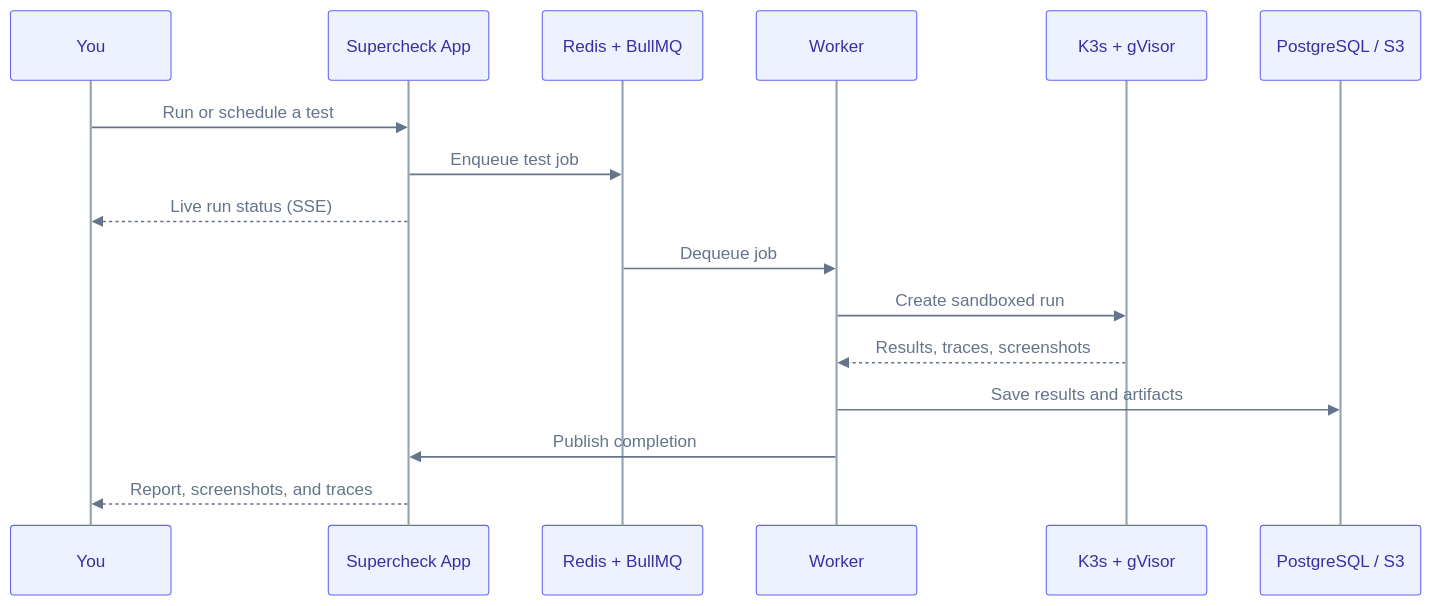
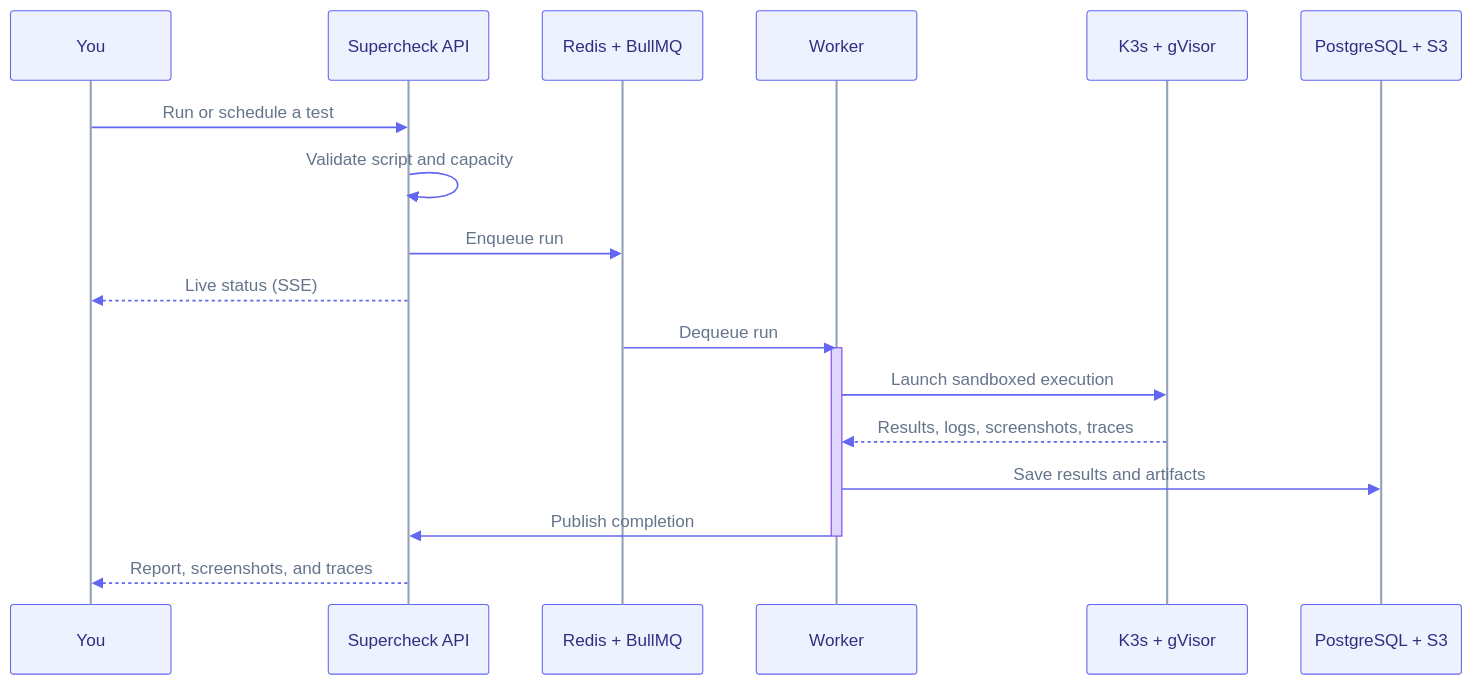
The diagram in docs/content/docs/app/automate/tests.mdx (supercheck-io/supercheck), drawn with Mermaid before and after one commit. The commit also changed 17 other files, not shown here.

First line of the commit message:
docs: restore original colors, add AI SRE to architecture, reorganize + multi-color diagrams (#310)

````diff
--- a/docs/content/docs/app/automate/tests.mdx
+++ b/docs/content/docs/app/automate/tests.mdx
@@ -44,20 +44,23 @@
 ```mermaid
-%%{init: {"theme":"base","themeVariables":{"fontFamily":"ui-sans-serif, system-ui, -apple-system, Segoe UI, Roboto, sans-serif","primaryColor":"#eef2ff","primaryTextColor":"#3730a3","primaryBorderColor":"#6366f1","lineColor":"#94a3b8","secondaryColor":"#fffbeb","secondaryTextColor":"#92400e","secondaryBorderColor":"#f59e0b","tertiaryColor":"#ecfdf5","tertiaryTextColor":"#065f46","tertiaryBorderColor":"#10b981","clusterBkg":"#f8fafc","clusterBorder":"#cbd5e1","edgeLabelBackground":"#ffffff","actorBkg":"#eef2ff","actorBorder":"#6366f1","actorTextColor":"#3730a3","actorLineColor":"#94a3b8","signalColor":"#64748b","signalTextColor":"#64748b","labelBoxBkgColor":"#fffbeb","labelBoxBorderColor":"#f59e0b","labelTextColor":"#92400e","loopTextColor":"#64748b","activationBkgColor":"#ddd6fe","activationBorderColor":"#7c3aed","noteBkgColor":"#fef9c3","noteBorderColor":"#eab308","noteTextColor":"#713f12","textColor":"#475569","mainBkg":"#ffffff"}}}%%
+%%{init: {"theme":"base","themeVariables":{"fontFamily":"ui-sans-serif, system-ui, -apple-system, Segoe UI, Roboto, sans-serif","actorBkg":"#eef2ff","actorBorder":"#6366f1","actorTextColor":"#312e81","actorLineColor":"#94a3b8","signalColor":"#6366f1","signalTextColor":"#64748b","labelBoxBkgColor":"#fef3c7","labelBoxBorderColor":"#d97706","labelTextColor":"#78350f","loopTextColor":"#64748b","activationBkgColor":"#ddd6fe","activationBorderColor":"#7c3aed","noteBkgColor":"#fef3c7","noteBorderColor":"#d97706","noteTextColor":"#78350f","textColor":"#64748b","lineColor":"#94a3b8","mainBkg":"transparent"}}}%%
 sequenceDiagram
-    participant You as You
-    participant App as Supercheck App
+    participant You
+    participant API as Supercheck API
     participant Queue as Redis + BullMQ
-    participant Worker as Worker
+    participant Worker
     participant Sandbox as K3s + gVisor
-    participant Store as PostgreSQL / S3
+    participant Store as PostgreSQL + S3
 
-    You->>App: Run or schedule a test
-    App->>Queue: Enqueue test job
-    App-->>You: Live run status (SSE)
-    Queue->>Worker: Dequeue job
-    Worker->>Sandbox: Create sandboxed run
-    Sandbox-->>Worker: Results, traces, screenshots
+    You->>API: Run or schedule a test
+    API->>API: Validate script and capacity
+    API->>Queue: Enqueue run
+    API-->>You: Live status (SSE)
+    Queue->>Worker: Dequeue run
+    activate Worker
+    Worker->>Sandbox: Launch sandboxed execution
+    Sandbox-->>Worker: Results, logs, screenshots, traces
     Worker->>Store: Save results and artifacts
-    Worker->>App: Publish completion
-    App-->>You: Report, screenshots, and traces
+    Worker->>API: Publish completion
+    deactivate Worker
+    API-->>You: Report, screenshots, and traces
 ```
````
